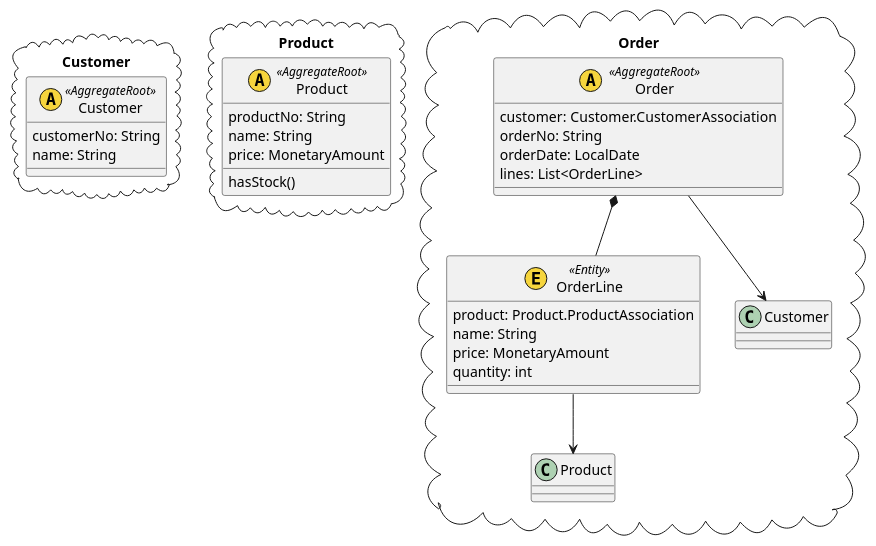
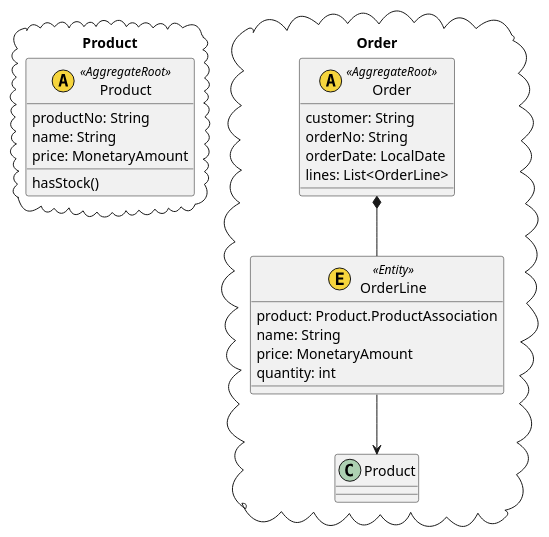
One commit to kiyotake-tagbangers/ddd-playground changed the diagram in domain-model-aggregates.puml. Above: the diagram before and after it, drawn with PlantUML.

Commit message:
fixed aggregate model

```diff
--- a/domain-model-aggregates.puml
+++ b/domain-model-aggregates.puml
@@ -1,44 +1,37 @@
 @startuml
 
-package Customer <<Cloud>> {
-    class Customer << (A,#f6d53d) AggregateRoot >> {
-        customerNo: String
-        name: String
-    }
-}
 package Product <<Cloud>> {
     class Product << (A,#f6d53d) AggregateRoot >> {
         productNo: String
         name: String
         price: MonetaryAmount
         hasStock()
     }
 }
 package Order <<Cloud>> {
     class Order << (A,#f6d53d) AggregateRoot >> {
-        customer: Customer.CustomerAssociation
+        customer: String
         orderNo: String
         orderDate: LocalDate
         lines: List<OrderLine>
     }
     class OrderLine << (E,#f6d53d) Entity >>  {
         product: Product.ProductAssociation
         name: String
         price: MonetaryAmount
         quantity: int
     }
-    Order --> Customer
     Order *-- OrderLine
     OrderLine --> Product
 }
 
 'Admin "1" -u-> "n" Vote : association
 'Admin "1" -u-> "n" Decision : association
 'Admin "1" -u-> "n" Comment : association
 '
 'Application "1" *-- "n" Vote : aggregation
 'Application "1" *-- "1" Decision : aggregation
 'Application "1" --> "n" Comment : association
 'Application "1" --> "n" Attachment : association
 
 @enduml
```
